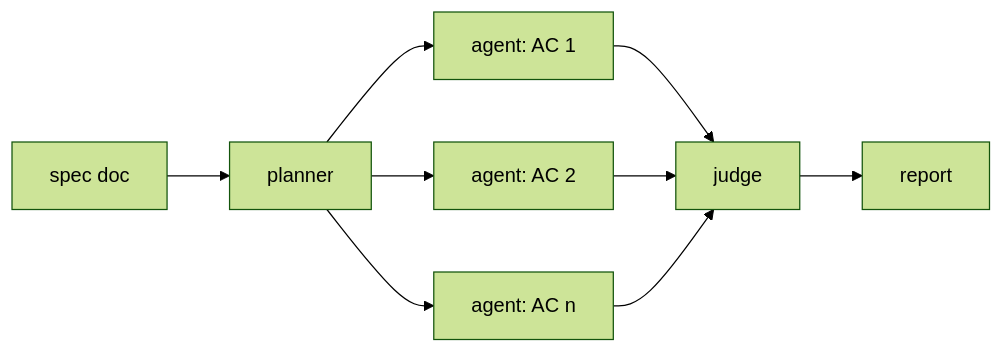
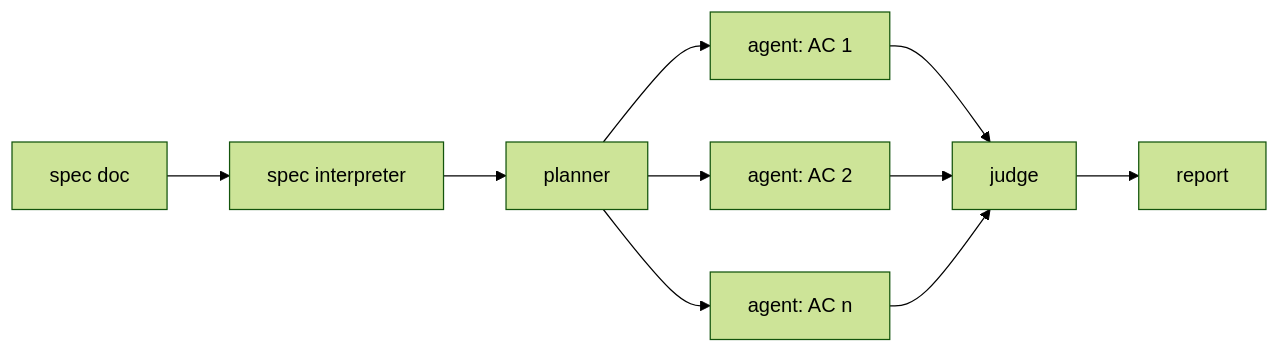
The diagram in README.md (EpicWerf/verify), drawn with Mermaid (forest theme) before and after one commit. The commit also changed other lines of this file, not shown here.

Commit message:
docs: update README with spec interpreter stage and corrected usage

````diff
--- a/README.md
+++ b/README.md
@@ -7,11 +7,12 @@
 ```mermaid
 graph LR
-    A[spec doc] --> B[planner]
-    B --> C[agent: AC 1]
-    B --> D[agent: AC 2]
-    B --> E[agent: AC n]
-    C --> F[judge]
-    D --> F
-    E --> F
-    F --> G[report]
+    A[spec doc] --> B[spec interpreter]
+    B --> C[planner]
+    C --> D[agent: AC 1]
+    C --> E[agent: AC 2]
+    C --> F[agent: AC n]
+    D --> G[judge]
+    E --> G
+    F --> G
+    G --> H[report]
 ```
````
